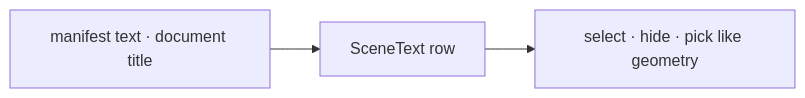
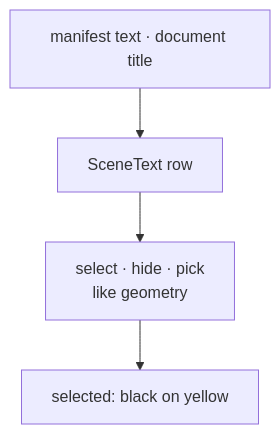
One commit to petrasvestartas/session changed the second of 26 diagrams in session_viewer/docs/17-source-presentation.md. Above: the diagram before and after it, drawn with Mermaid. The commit also changed other lines of this file and 34 other files, not shown here.

First line of the commit message:
Course: each lesson teaches its file's final form; diagrams fit the column

````diff
--- a/session_viewer/docs/17-source-presentation.md
+++ b/session_viewer/docs/17-source-presentation.md
@@ -14,4 +16,6 @@
 ```mermaid
-flowchart LR
-    b1["manifest text · document title"] --> b2["SceneText row"] --> b3["select · hide · pick like geometry"]
+flowchart TB
+    b1["manifest text · document title"] --> b2["SceneText row"]
+    b2 --> b3["select · hide · pick<br/>like geometry"]
+    b3 --> b4["selected: black on yellow"]
 ```
````
